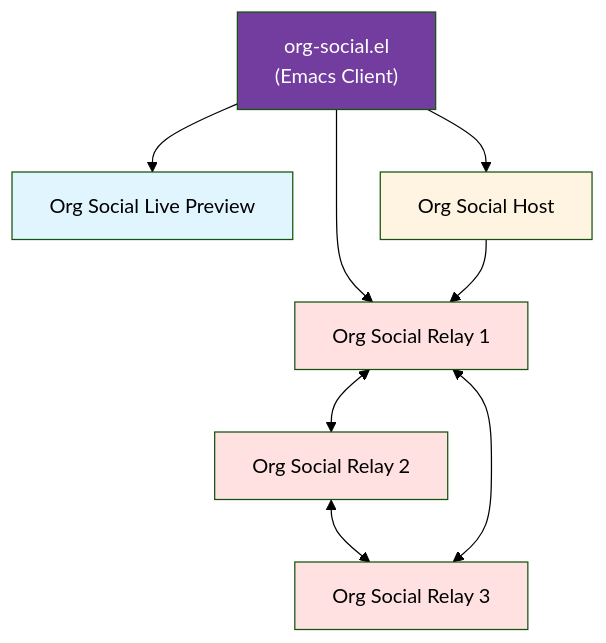
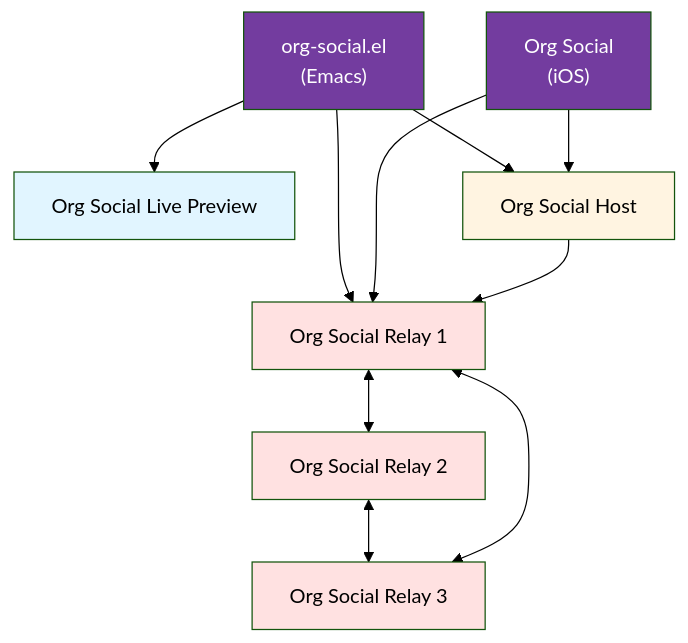
The fifth of 5 diagrams in README.md (tanrax/org-social), drawn with Mermaid (forest theme) before and after one commit. The commit also changed other lines of this file and 1 other file, not shown here.

First line of the commit message:
Add iOS as official client alongside org-social.el

````diff
--- a/README.md
+++ b/README.md
@@ -1051,19 +1051,22 @@
 ```mermaid
 flowchart TB
-    Client["org-social.el<br/>(Emacs Client)"] --> Preview["Org Social Live Preview"]
-    Client --> Relay1["Org Social Relay 1"]
-    Client --> Host["Org Social Host"]
+    ClientEmacs["org-social.el<br/>(Emacs)"] --> Preview["Org Social Live Preview"]
+    ClientEmacs --> Relay1["Org Social Relay 1"]
+    ClientEmacs --> Host["Org Social Host"]
+    ClientiOS["Org Social<br/>(iOS)"] --> Relay1
+    ClientiOS --> Host
 
     Host --> Relay1
 
     Relay1 <--> Relay2["Org Social Relay 2"]
     Relay2 <--> Relay3["Org Social Relay 3"]
     Relay3 <--> Relay1
 
-    style Client fill:#733c9f,color:white
+    style ClientEmacs fill:#733c9f,color:white
+    style ClientiOS fill:#733c9f,color:white
     style Preview fill:#e1f5ff,color:black
     style Relay1 fill:#ffe1e1,color:black
     style Relay2 fill:#ffe1e1,color:black
     style Relay3 fill:#ffe1e1,color:black
     style Host fill:#fff4e1,color:black
 ```
````
